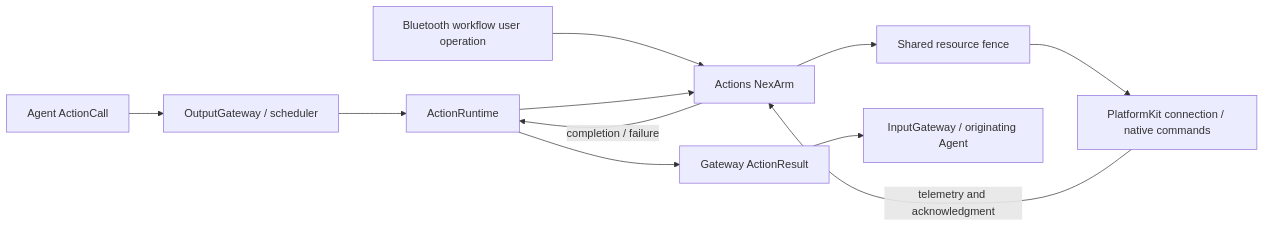
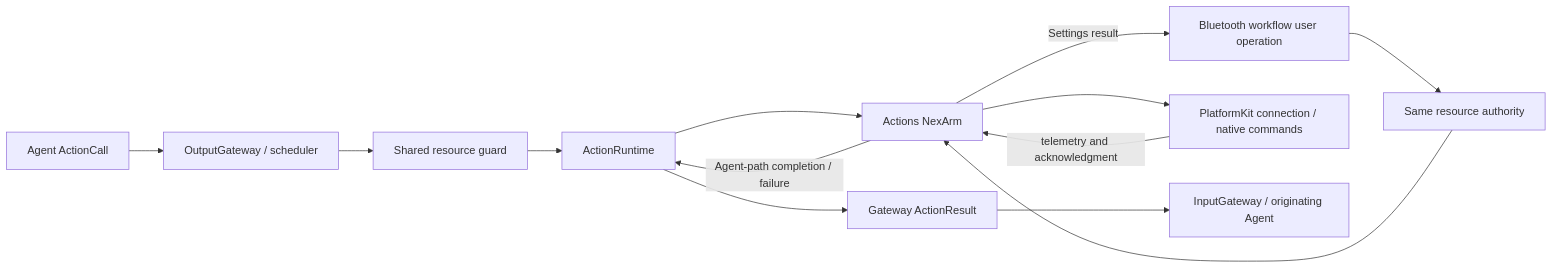
One commit to devilyouwei/MobileHarness changed diagram 11 of 13 in MobileHarness/README.md. Above: the diagram before and after it, drawn with Mermaid. The commit also changed other lines of this file, not shown here.

Commit message:
docs: correct architecture flow semantics

````diff
--- a/MobileHarness/README.md
+++ b/MobileHarness/README.md
@@ -518,13 +523,15 @@
 ```mermaid
 flowchart LR
     Agent[Agent ActionCall] --> Gateway[OutputGateway / scheduler]
-    Settings[Bluetooth workflow user operation] --> Actions[Actions NexArm]
-    Gateway --> Runtime[ActionRuntime]
+    Gateway --> AgentFence[Shared resource guard]
+    AgentFence --> Runtime[ActionRuntime]
     Runtime --> Actions
-    Actions --> Resource[Shared resource fence]
-    Resource --> Platform[PlatformKit connection / native commands]
+    Settings[Bluetooth workflow user operation] --> SettingsFence[Same resource authority]
+    SettingsFence --> Actions[Actions NexArm]
+    Actions --> Platform[PlatformKit connection / native commands]
     Platform -->|telemetry and acknowledgment| Actions
-    Actions -->|completion / failure| Runtime
+    Actions -->|Agent-path completion / failure| Runtime
+    Actions -->|Settings result| Settings
     Runtime --> Results[Gateway ActionResult]
     Results --> Input[InputGateway / originating Agent]
 ```
````
